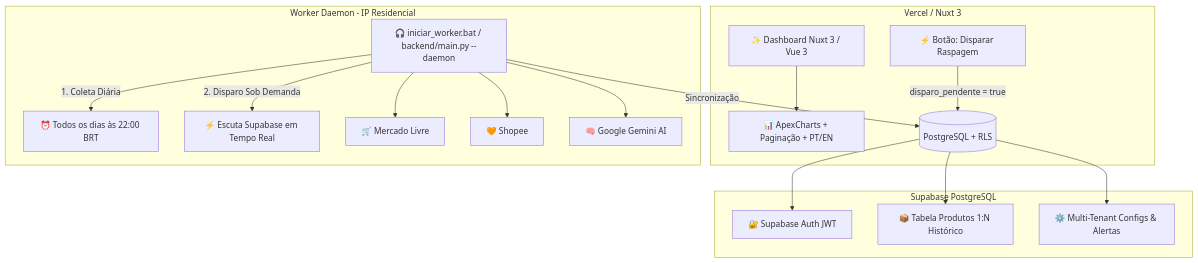
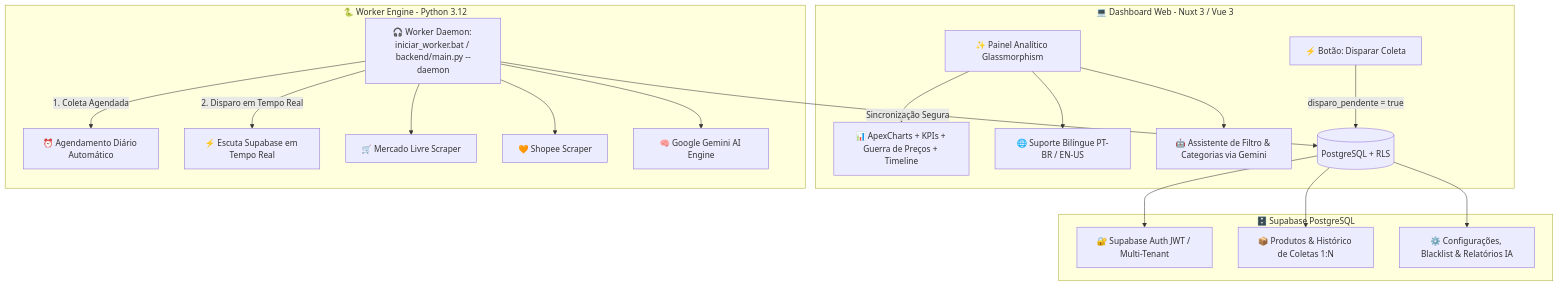
The diagram in README.md (MarshalFilho/biscuit_scraper), drawn with Mermaid before and after one commit. The commit also changed other lines of this file and 7 other files, not shown here.

````diff
--- a/README.md
+++ b/README.md
@@ -9,25 +9,27 @@
 ```mermaid
 graph TD
-    subgraph Frontend SaaS [Vercel / Nuxt 3]
-        NuxtApp[✨ Dashboard Nuxt 3 / Vue 3]
-        NuxtApp --> Visual[📊 ApexCharts + Paginação + PT/EN]
-        BtnDisparo[⚡ Botão: Disparar Raspagem] -->|disparo_pendente = true| DB
+    subgraph Frontend [💻 Dashboard Web - Nuxt 3 / Vue 3]
+        App[✨ Painel Analítico Glassmorphism]
+        App --> Visual[📊 ApexCharts + KPIs + Guerra de Preços + Timeline]
+        App --> I18n[🌐 Suporte Bilíngue PT-BR / EN-US]
+        App --> AiAssist[🤖 Assistente de Filtro & Categorias via Gemini]
+        BtnDisparo[⚡ Botão: Disparar Coleta] -->|disparo_pendente = true| DB
     end
 
-    subgraph Banco de Dados [Supabase PostgreSQL]
+    subgraph Banco [🗄️ Supabase PostgreSQL]
         DB[(PostgreSQL + RLS)]
-        DB --> Auth[🔐 Supabase Auth JWT]
-        DB --> Produtos[📦 Tabela Produtos 1:N Histórico]
-        DB --> Configs[⚙️ Multi-Tenant Configs & Alertas]
+        DB --> Auth[🔐 Supabase Auth JWT / Multi-Tenant]
+        DB --> Produtos[📦 Produtos & Histórico de Coletas 1:N]
+        DB --> Configs[⚙️ Configurações, Blacklist & Relatórios IA]
     end
 
-    subgraph Worker Local [Worker Daemon - IP Residencial]
-        Worker[🎧 iniciar_worker.bat / backend/main.py --daemon]
-        Worker -->|1. Coleta Diária| Cron[⏰ Todos os dias às 22:00 BRT]
-        Worker -->|2. Disparo Sob Demanda| Polling[⚡ Escuta Supabase em Tempo Real]
-        Worker --> Meli[🛒 Mercado Livre]
-        Worker --> Shopee[🧡 Shopee]
-        Worker --> Gemini[🧠 Google Gemini AI]
-        Worker -->|Sincronização| DB
+    subgraph Worker [🐍 Worker Engine - Python 3.12]
+        WorkerDaemon[🎧 Worker Daemon: iniciar_worker.bat / backend/main.py --daemon]
+        WorkerDaemon -->|1. Coleta Agendada| Cron[⏰ Agendamento Diário Automático]
+        WorkerDaemon -->|2. Disparo em Tempo Real| Polling[⚡ Escuta Supabase em Tempo Real]
+        WorkerDaemon --> Meli[🛒 Mercado Livre Scraper]
+        WorkerDaemon --> Shopee[🧡 Shopee Scraper]
+        WorkerDaemon --> Gemini[🧠 Google Gemini AI Engine]
+        WorkerDaemon -->|Sincronização Segura| DB
     end
 ```
````
